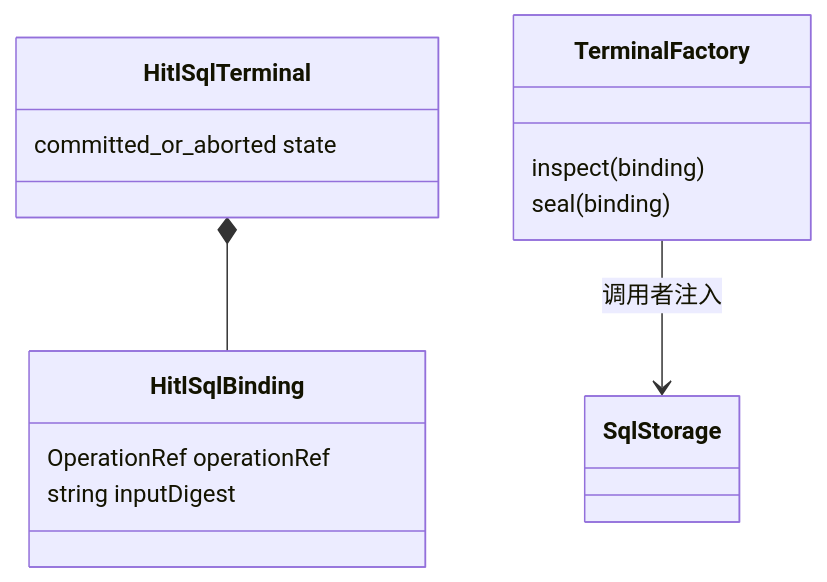
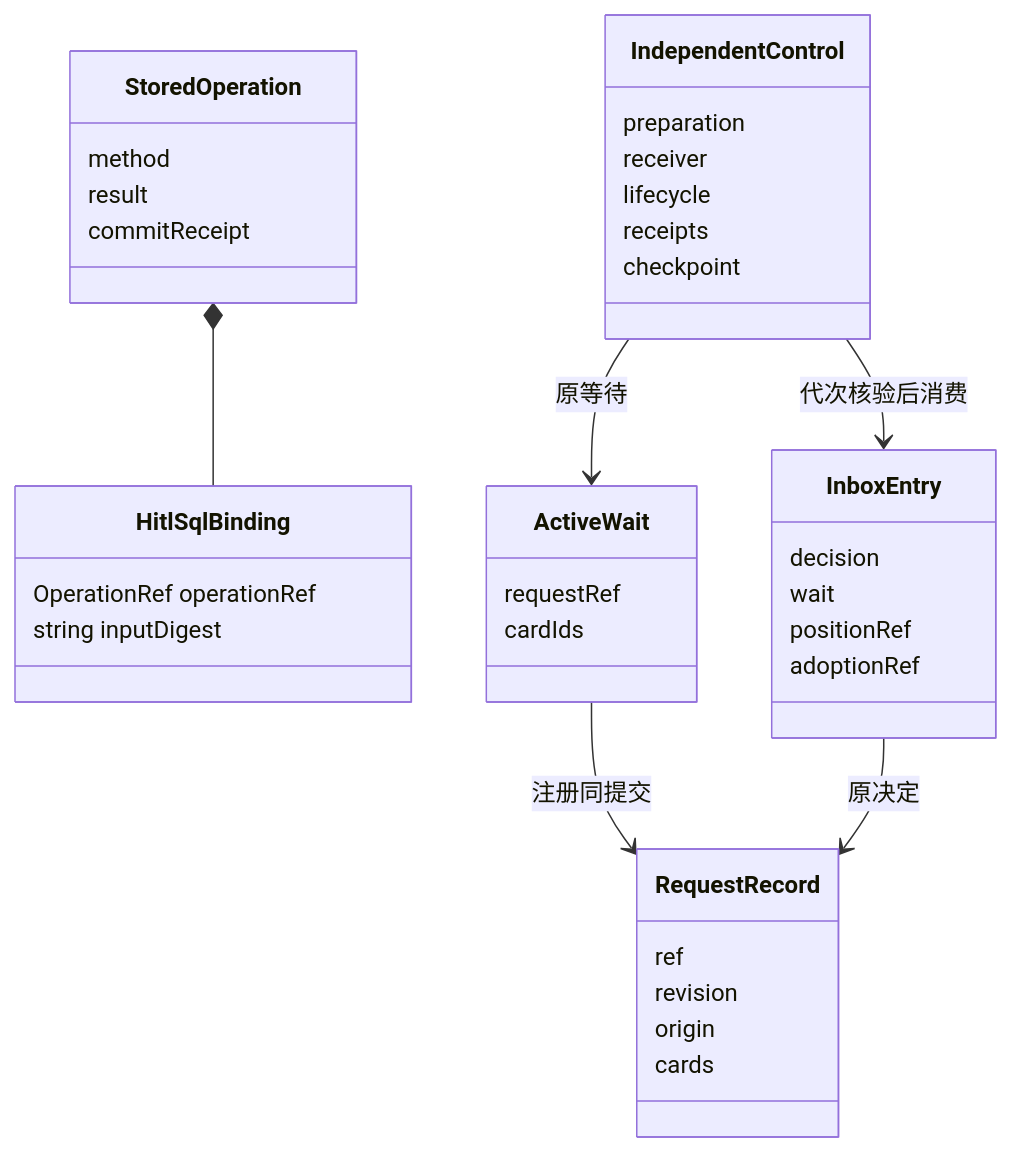
Before and after one commit to nemori-ai/omne-harness-lite: the diagram in packages/human-intervention/human-intervention-local/docs/object-model.md, drawn with Mermaid. The commit also changed other lines of this file and 33 other files, not shown here.

````diff
--- a/packages/human-intervention/human-intervention-local/docs/object-model.md
+++ b/packages/human-intervention/human-intervention-local/docs/object-model.md
@@ -5,17 +5,40 @@
 ```mermaid
 classDiagram
   class HitlSqlBinding {
     OperationRef operationRef
     string inputDigest
   }
-  class HitlSqlTerminal {
-    committed_or_aborted state
+  class StoredOperation {
+    method
+    result
+    commitReceipt
   }
-  class TerminalFactory {
-    inspect(binding)
-    seal(binding)
+  class RequestRecord {
+    ref
+    revision
+    origin
+    cards
   }
-  class SqlStorage
-  HitlSqlTerminal *-- HitlSqlBinding
-  TerminalFactory --> SqlStorage : 调用者注入
+  class IndependentControl {
+    preparation
+    receiver
+    lifecycle
+    receipts
+    checkpoint
+  }
+  class ActiveWait {
+    requestRef
+    cardIds
+  }
+  class InboxEntry {
+    decision
+    wait
+    positionRef
+    adoptionRef
+  }
+  StoredOperation *-- HitlSqlBinding
+  IndependentControl --> ActiveWait : 原等待
+  ActiveWait --> RequestRecord : 注册同提交
+  InboxEntry --> RequestRecord : 原决定
+  IndependentControl --> InboxEntry : 代次核验后消费
 ```
````
